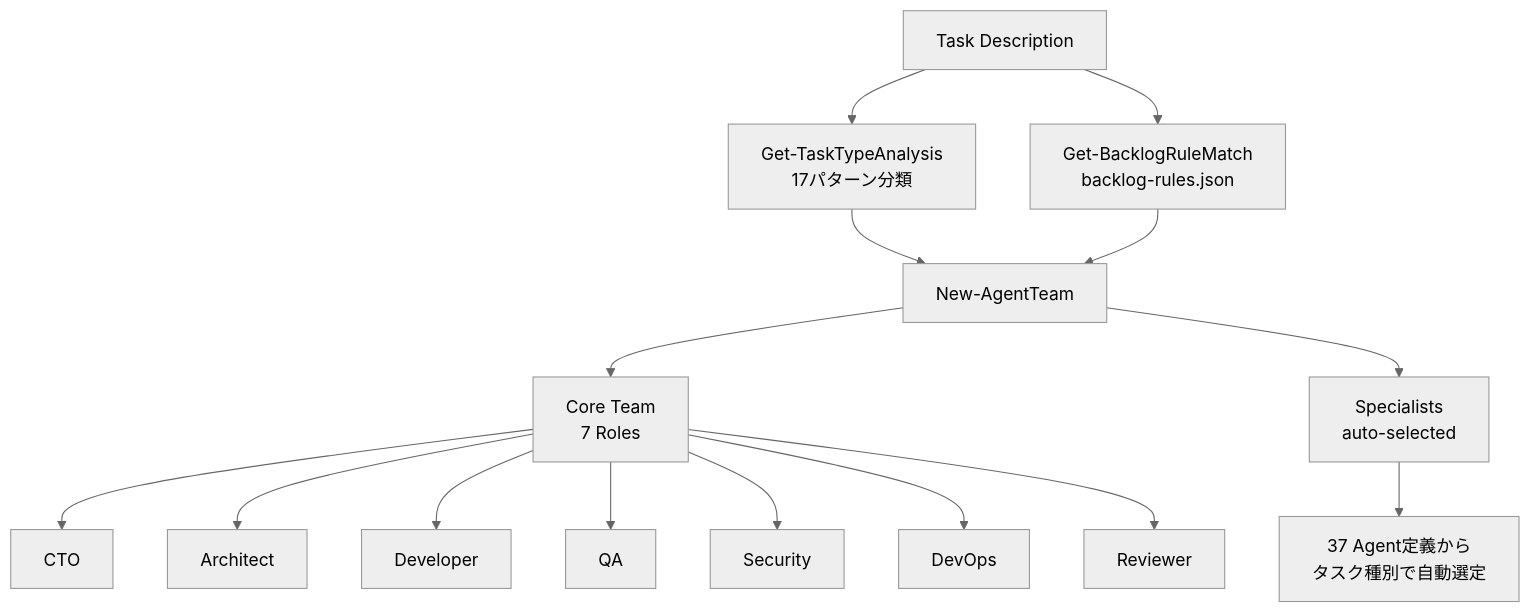
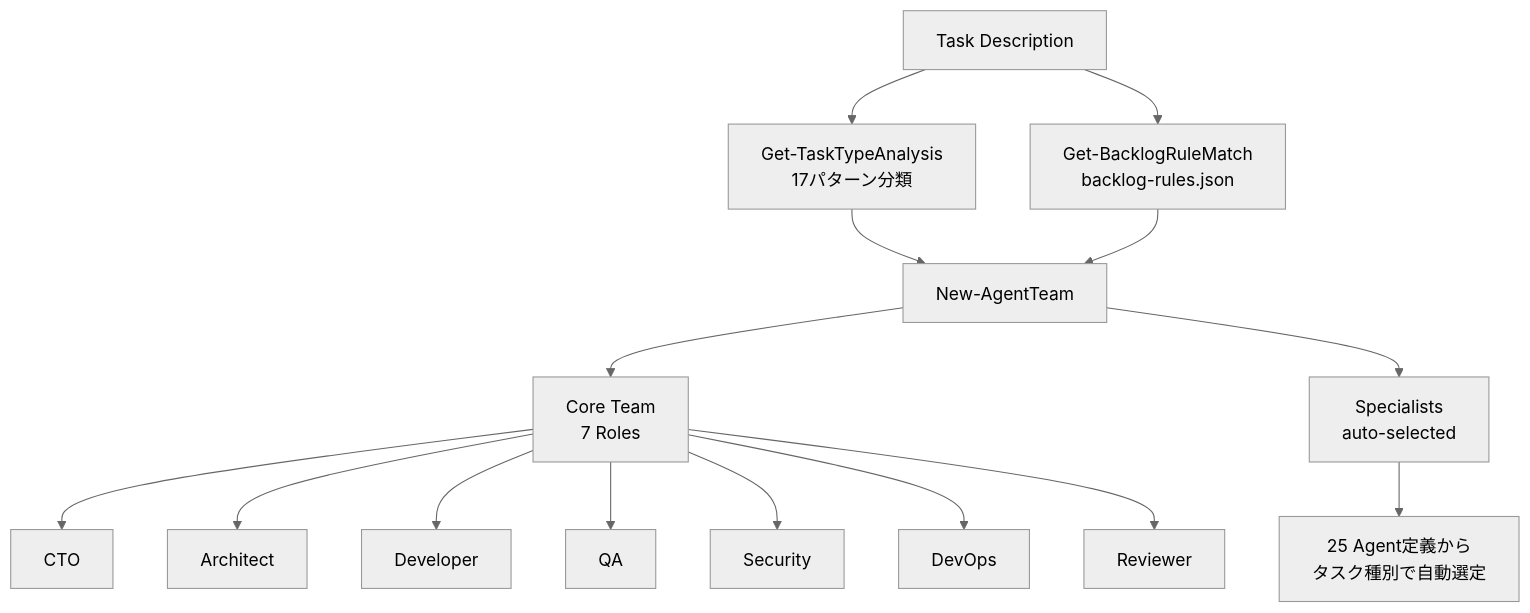
The fourth of 5 diagrams in README.md (Kensan196948G/ClaudeCLI-CodexCLI-CopilotCLI-StartUpTools-New), drawn with Mermaid (neutral theme) before and after one commit. The commit also changed other lines of this file and 10 other files, not shown here.

````diff
--- a/README.md
+++ b/README.md
@@ -197,20 +198,20 @@
 ```mermaid
 flowchart TD
     Task["Task Description"] --> Analyze["Get-TaskTypeAnalysis<br/>17パターン分類"]
     Task --> Rules["Get-BacklogRuleMatch<br/>backlog-rules.json"]
     Analyze --> Team["New-AgentTeam"]
     Rules --> Team
 
     Team --> Core["Core Team<br/>7 Roles"]
     Team --> Spec["Specialists<br/>auto-selected"]
 
     Core --> CTO["CTO"]
     Core --> Arch["Architect"]
     Core --> Dev["Developer"]
     Core --> QA["QA"]
     Core --> Sec["Security"]
     Core --> Ops["DevOps"]
     Core --> Rev["Reviewer"]
 
-    Spec --> S1["37 Agent定義から<br/>タスク種別で自動選定"]
+    Spec --> S1["25 Agent定義から<br/>タスク種別で自動選定"]
 ```
````
